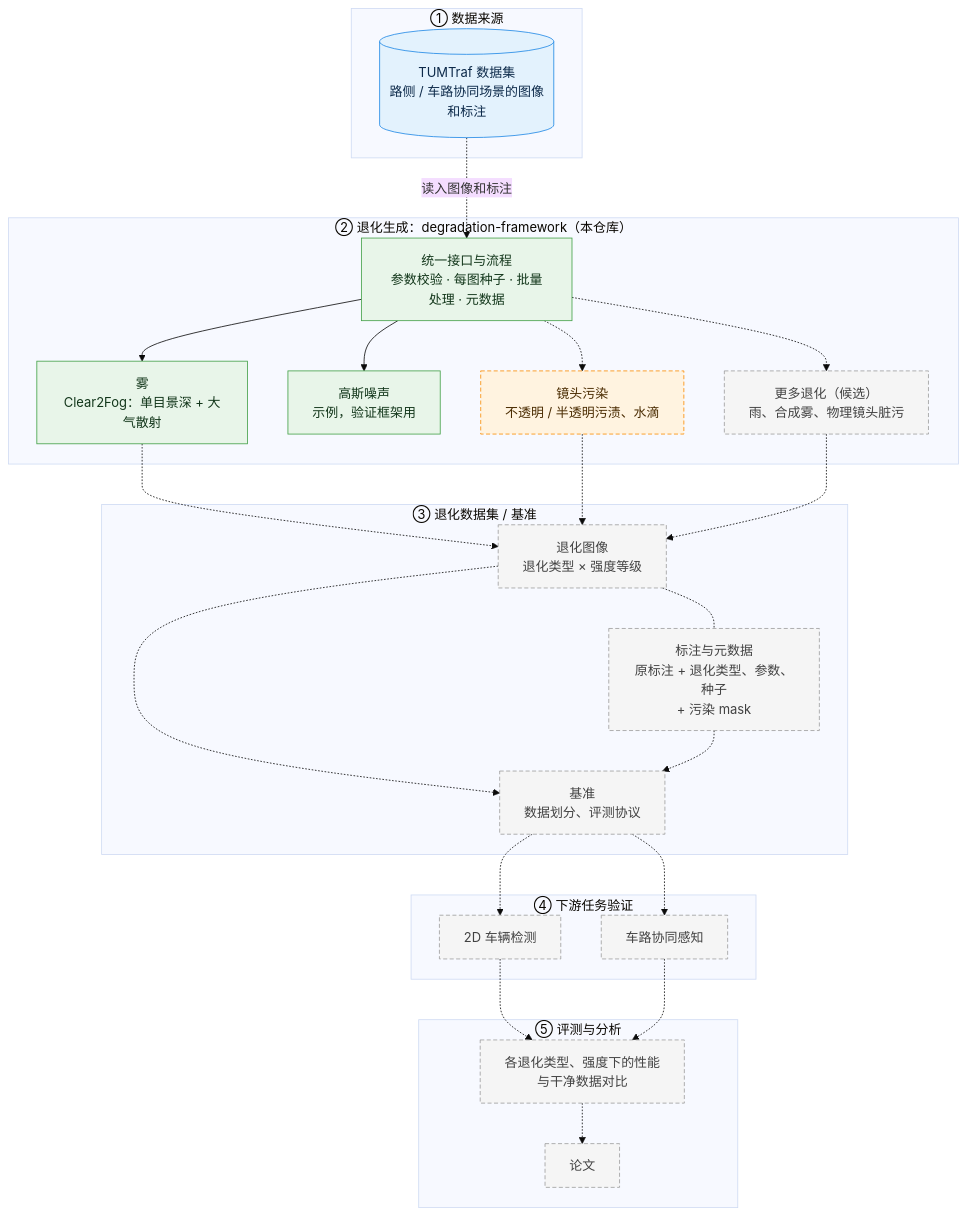
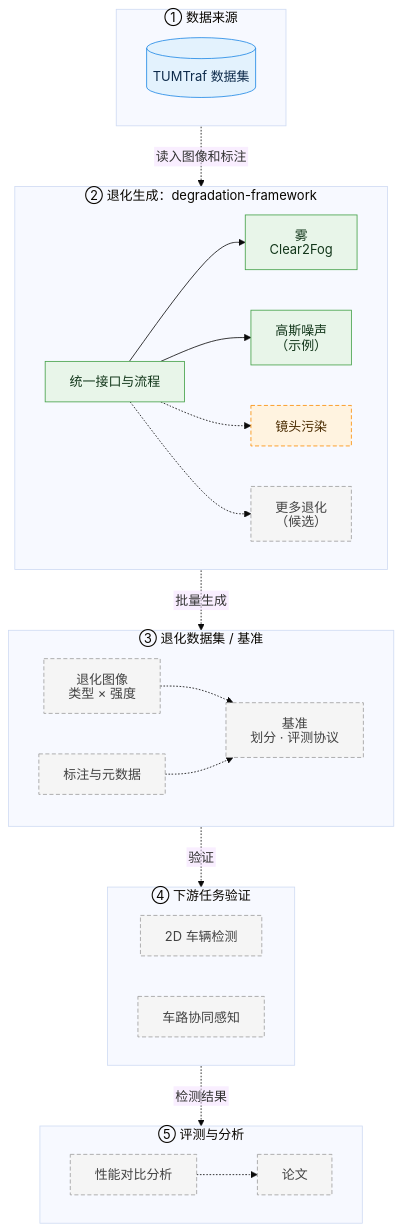
One commit to Tommy6015/degradation-framework changed the diagram in doc/roadmap.md. Above: the diagram before and after it, drawn with Mermaid (base theme). The commit also changed other lines of this file and 2 other files, not shown here.

Commit message:
doc: diagrams render in full in the Markdown preview
In the preview, the second line of most boxes was cut off: long Chinese lines
did not fit the boxes Mermaid had measured. Checked by rendering with the
Mermaid bundle and preview CSS of Markdown Preview Enhanced in headless Edge.
- roadmap.md: boxes only carry short names; descriptions, status and
  milestone of each part are in a table under the diagram. Stages are joined
  frame to frame, so the arrows no longer run through the stage titles.
- architecture.md: shorter labels in the layered and class diagrams (the
  note's text moved into the explanation), manual line breaks in two long
  file names.
- flowcharts and class diagrams start with an init directive that turns off
  htmlLabels, so Mermaid lays out the text itself, unaffected by the
  preview's CSS.
- doc/README.md: these rules for writing diagrams.

````diff
--- a/doc/roadmap.md
+++ b/doc/roadmap.md
@@ -14,56 +14,53 @@
 ```mermaid
+%%{init: {"htmlLabels": false, "flowchart": {"htmlLabels": false}}}%%
 flowchart TB
     subgraph S1["① 数据来源"]
-        tum[("TUMTraf 数据集<br/>路侧 / 车路协同场景的图像和标注")]
+        tum[("TUMTraf 数据集")]
     end
 
-    subgraph S2["② 退化生成：degradation-framework（本仓库）"]
-        core["统一接口与流程<br/>参数校验 · 每图种子 · 批量处理 · 元数据"]
-        fog["雾<br/>Clear2Fog：单目景深 + 大气散射"]
-        noise["高斯噪声<br/>示例，验证框架用"]
-        lens["镜头污染<br/>不透明 / 半透明污渍、水滴"]
-        more["更多退化（候选）<br/>雨、合成雾、物理镜头脏污"]
+    subgraph S2["② 退化生成：degradation-framework"]
+        core["统一接口与流程"]
+        fog["雾<br/>Clear2Fog"]
+        noise["高斯噪声<br/>（示例）"]
+        lens["镜头污染"]
+        more["更多退化<br/>（候选）"]
     end
 
     subgraph S3["③ 退化数据集 / 基准"]
-        ds["退化图像<br/>退化类型 × 强度等级"]
-        ann["标注与元数据<br/>原标注 + 退化类型、参数、种子<br/>+ 污染 mask"]
-        bench["基准<br/>数据划分、评测协议"]
+        ds["退化图像<br/>类型 × 强度"]
+        ann["标注与元数据"]
+        bench["基准<br/>划分 · 评测协议"]
     end
 
     subgraph S4["④ 下游任务验证"]
         det["2D 车辆检测"]
         coop["车路协同感知"]
     end
 
     subgraph S5["⑤ 评测与分析"]
-        eva["各退化类型、强度下的性能<br/>与干净数据对比"]
+        eva["性能对比分析"]
         paper["论文"]
     end
 
-    tum -.->|"读入图像和标注"| core
     core --> fog
     core --> noise
     core -.-> lens
     core -.-> more
-    fog -.-> ds
-    lens -.-> ds
-    more -.-> ds
-    ds -.- ann
     ds -.-> bench
     ann -.-> bench
-    bench -.-> det
-    bench -.-> coop
-    det -.-> eva
-    coop -.-> eva
     eva -.-> paper
+
+    S1 -.->|"读入图像和标注"| S2
+    S2 -.->|"批量生成"| S3
+    S3 -.->|"验证"| S4
+    S4 -.->|"检测结果"| S5
 
     classDef done fill:#E8F5E9,stroke:#43A047,color:#12361A
     classDef wip fill:#FFF3E0,stroke:#FB8C00,color:#4A2B00,stroke-dasharray:5 3
     classDef planned fill:#F5F5F5,stroke:#9E9E9E,color:#424242,stroke-dasharray:5 3
     classDef data fill:#E3F2FD,stroke:#1E88E5,color:#0D2A4A
     class core,fog,noise done
     class lens wip
     class more,ds,ann,bench,det,coop,eva,paper planned
     class tum data
 ```
````
